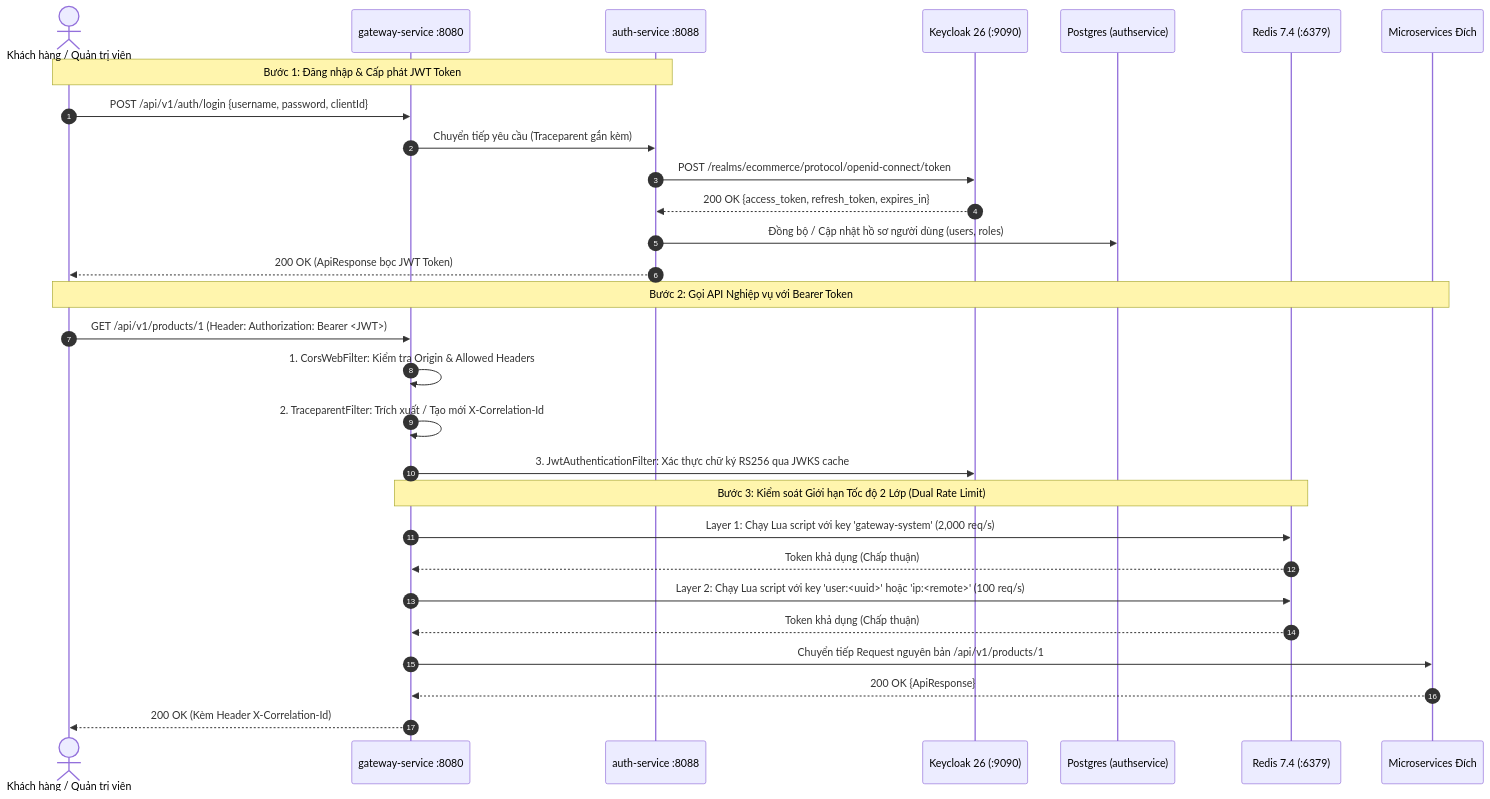
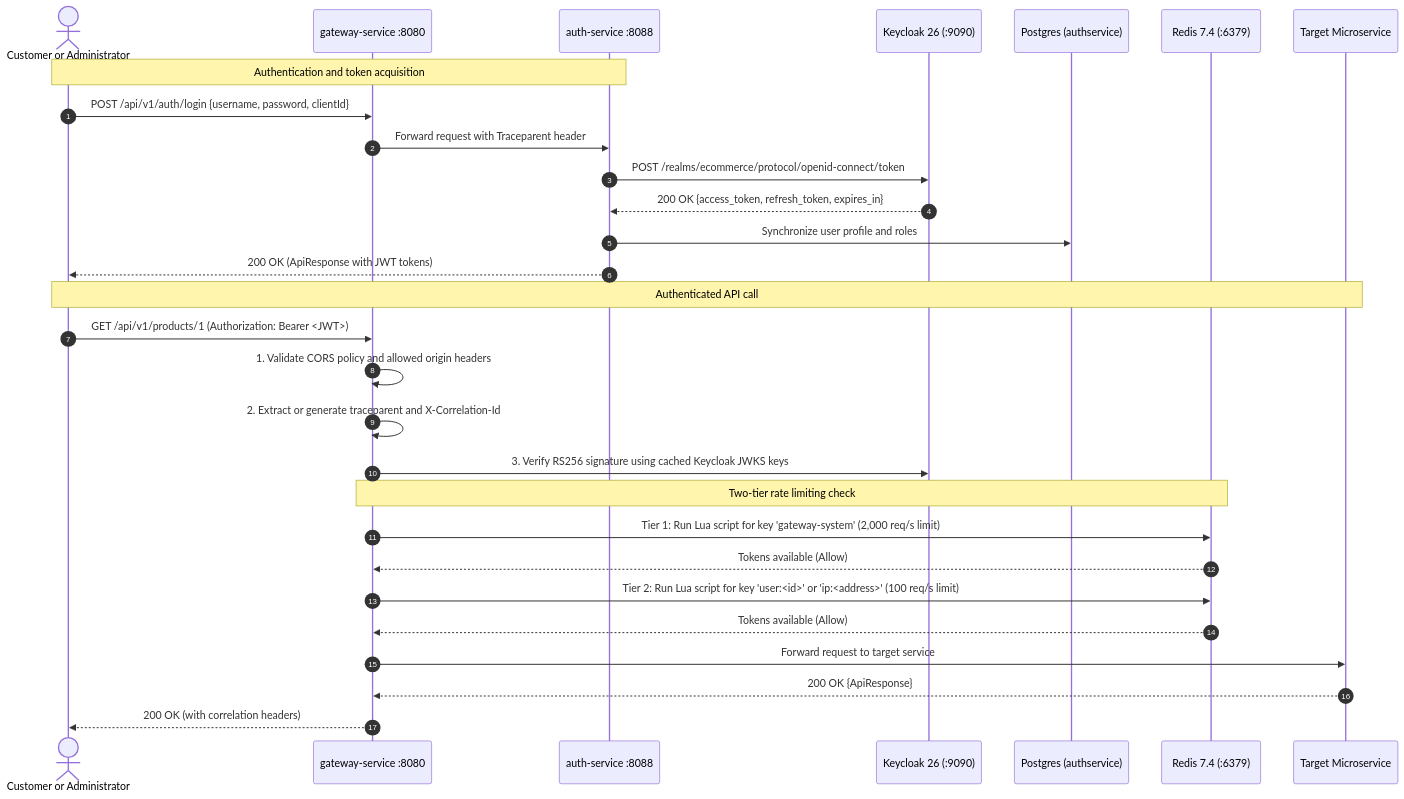
Before and after one commit to tonminhce/petproject: the second of 10 diagrams in README.md, drawn with Mermaid. The commit also changed other lines of this file and 77 other files, not shown here.

````diff
--- a/README.md
+++ b/README.md
@@ -194,35 +194,35 @@
 ```mermaid
 sequenceDiagram
     autonumber
-    actor User as Khách hàng / Quản trị viên
+    actor User as Customer or Administrator
     participant GW as gateway-service :8080
     participant AUTH as auth-service :8088
     participant KC as Keycloak 26 (:9090)
     participant DB as Postgres (authservice)
     participant REDIS as Redis 7.4 (:6379)
-    participant SVC as Microservices Đích
+    participant SVC as Target Microservice
 
-    Note over User,AUTH: Bước 1: Đăng nhập & Cấp phát JWT Token
+    Note over User,AUTH: Authentication and token acquisition
     User->>GW: POST /api/v1/auth/login {username, password, clientId}
-    GW->>AUTH: Chuyển tiếp yêu cầu (Traceparent gắn kèm)
+    GW->>AUTH: Forward request with Traceparent header
     AUTH->>KC: POST /realms/ecommerce/protocol/openid-connect/token
     KC-->>AUTH: 200 OK {access_token, refresh_token, expires_in}
-    AUTH->>DB: Đồng bộ / Cập nhật hồ sơ người dùng (users, roles)
-    AUTH-->>User: 200 OK (ApiResponse bọc JWT Token)
+    AUTH->>DB: Synchronize user profile and roles
+    AUTH-->>User: 200 OK (ApiResponse with JWT tokens)
 
-    Note over User,SVC: Bước 2: Gọi API Nghiệp vụ với Bearer Token
-    User->>GW: GET /api/v1/products/1 (Header: Authorization: Bearer <JWT>)
-    GW->>GW: 1. CorsWebFilter: Kiểm tra Origin & Allowed Headers
-    GW->>GW: 2. TraceparentFilter: Trích xuất / Tạo mới X-Correlation-Id
-    GW->>KC: 3. JwtAuthenticationFilter: Xác thực chữ ký RS256 qua JWKS cache
+    Note over User,SVC: Authenticated API call
+    User->>GW: GET /api/v1/products/1 (Authorization: Bearer <JWT>)
+    GW->>GW: 1. Validate CORS policy and allowed origin headers
+    GW->>GW: 2. Extract or generate traceparent and X-Correlation-Id
+    GW->>KC: 3. Verify RS256 signature using cached Keycloak JWKS keys
     
-    Note over GW,REDIS: Bước 3: Kiểm soát Giới hạn Tốc độ 2 Lớp (Dual Rate Limit)
-    GW->>REDIS: Layer 1: Chạy Lua script với key 'gateway-system' (2,000 req/s)
-    REDIS-->>GW: Token khả dụng (Chấp thuận)
-    GW->>REDIS: Layer 2: Chạy Lua script với key 'user:<uuid>' hoặc 'ip:<remote>' (100 req/s)
-    REDIS-->>GW: Token khả dụng (Chấp thuận)
+    Note over GW,REDIS: Two-tier rate limiting check
+    GW->>REDIS: Tier 1: Run Lua script for key 'gateway-system' (2,000 req/s limit)
+    REDIS-->>GW: Tokens available (Allow)
+    GW->>REDIS: Tier 2: Run Lua script for key 'user:<id>' or 'ip:<address>' (100 req/s limit)
+    REDIS-->>GW: Tokens available (Allow)
     
-    GW->>SVC: Chuyển tiếp Request nguyên bản /api/v1/products/1
+    GW->>SVC: Forward request to target service
     SVC-->>GW: 200 OK {ApiResponse}
-    GW-->>User: 200 OK (Kèm Header X-Correlation-Id)
+    GW-->>User: 200 OK (with correlation headers)
 ```
````
